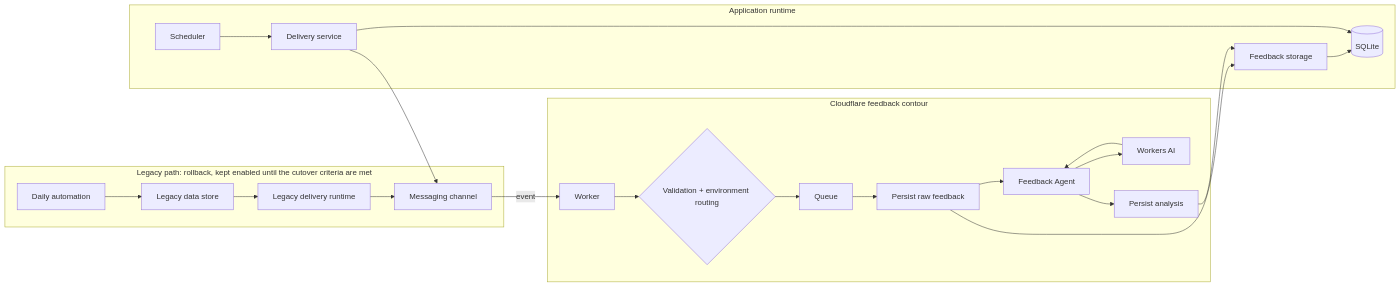
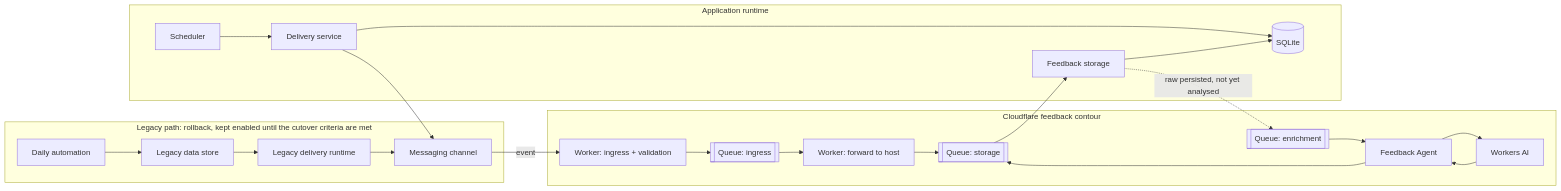
One commit to LukshinVI/game-of-the-day changed the first of 2 diagrams in docs/architecture.md. Above: the diagram before and after it, drawn with Mermaid. The commit also changed other lines of this file and 1 other file, not shown here.

````diff
--- a/docs/architecture.md
+++ b/docs/architecture.md
@@ -9,29 +9,29 @@
 ```mermaid
 flowchart LR
     subgraph LEGACY[Legacy path: rollback, kept enabled until the cutover criteria are met]
         AUTO[Daily automation] --> STORE[Legacy data store]
         STORE --> SCRIPT[Legacy delivery runtime]
         SCRIPT --> CH[Messaging channel]
     end
 
     subgraph CF[Cloudflare feedback contour]
-        CH -->|event| W[Worker]
-        W --> VAL{Validation + environment routing}
-        VAL --> Q[Queue]
-        Q --> RAW[Persist raw feedback]
-        RAW --> FA[Feedback Agent]
+        CH -->|event| W[Worker: ingress + validation]
+        W --> QA[[Queue: ingress]]
+        QA --> W2[Worker: forward to host]
+        W2 --> QB[[Queue: storage]]
+        QC[[Queue: enrichment]] --> FA[Feedback Agent]
         FA --> AI[Workers AI]
         AI --> FA
-        FA --> AN[Persist analysis]
+        FA --> QB
     end
 
     subgraph APP[Application runtime]
         STORAGE[Feedback storage] --> DB[(SQLite)]
         DELIVERY[Delivery service] --> DB
         TIMER[Scheduler] --> DELIVERY
     end
 
-    RAW --> STORAGE
-    AN --> STORAGE
+    QB --> STORAGE
+    STORAGE -. raw persisted, not yet analysed .-> QC
     DELIVERY --> CH
 ```
````
